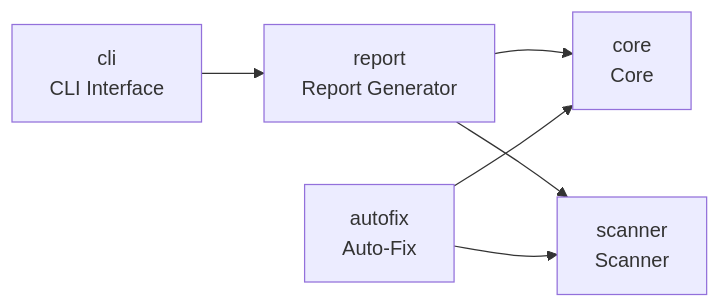
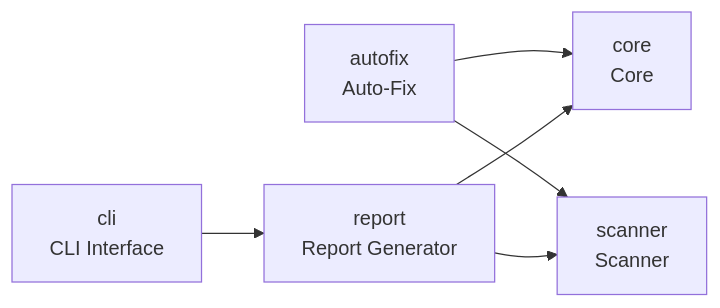
One commit to cj-mills/cjm-nbdev-docments changed the diagram in README.md. Above: the diagram before and after it, drawn with Mermaid. The commit also changed other lines of this file and 11 other files, not shown here.

````diff
--- a/README.md
+++ b/README.md
@@ -189,14 +189,14 @@
 ``` mermaid
 graph LR
-    core[core<br/>Core]
-    scanner[scanner<br/>Scanner]
-    report[report<br/>Report Generator]
     autofix[autofix<br/>Auto-Fix]
     cli[cli<br/>CLI Interface]
+    core[core<br/>Core]
+    report[report<br/>Report Generator]
+    scanner[scanner<br/>Scanner]
 
-    report --> core
-    report --> scanner
     autofix --> core
     autofix --> scanner
     cli --> report
+    report --> core
+    report --> scanner
 ```
````
